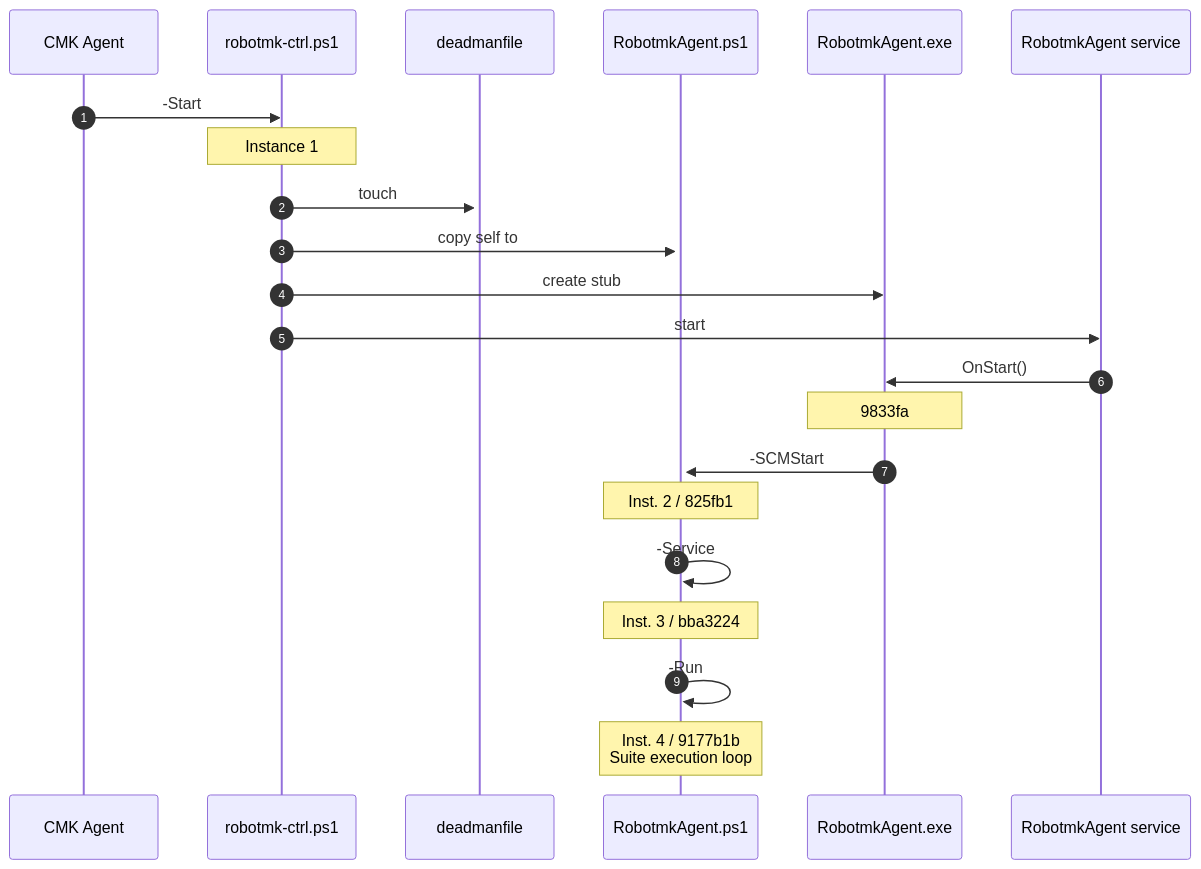
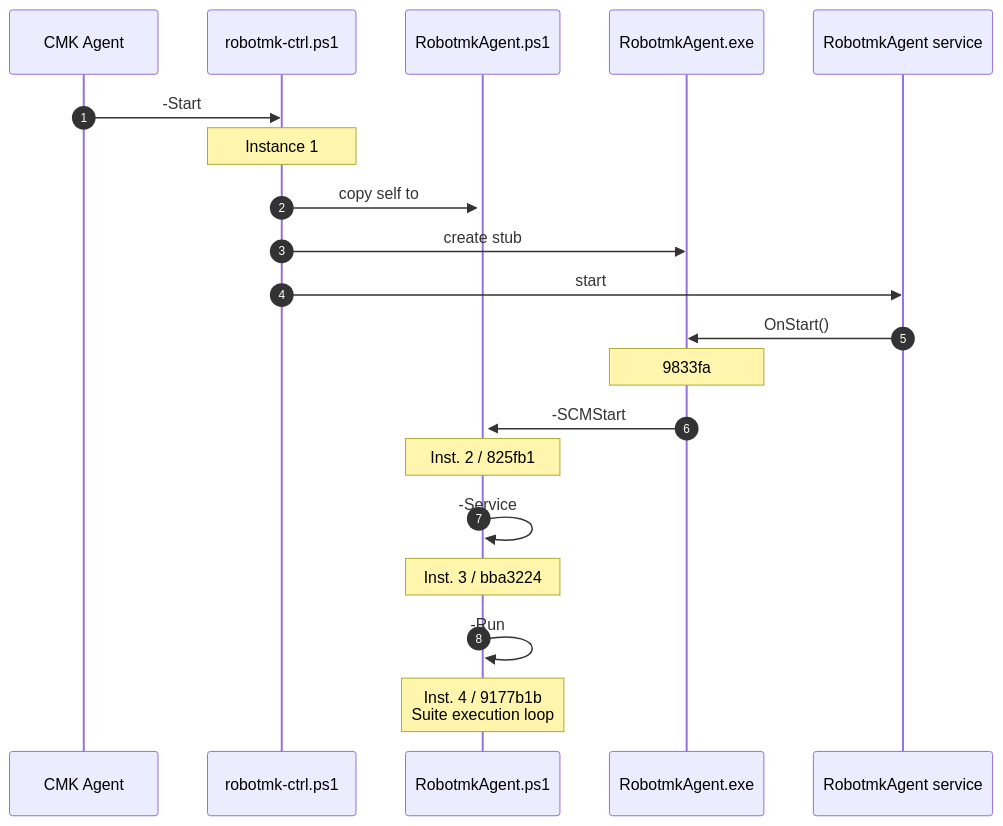
One commit to elabit/rmkv2 changed the diagram in DEVELOPMENT.md. Above: the diagram before and after it, drawn with Mermaid. The commit also changed other lines of this file and 3 other files, not shown here.

````diff
--- a/DEVELOPMENT.md
+++ b/DEVELOPMENT.md
@@ -15,25 +15,23 @@
 ```mermaid
 sequenceDiagram
     autonumber
     participant agent as CMK Agent
     participant ctrlps as robotmk-ctrl.ps1
-    participant deadmanfile
     participant agentps as RobotmkAgent.ps1
     participant cstub as RobotmkAgent.exe
     participant service as RobotmkAgent service
 
     agent->>ctrlps:-Start
     Note over ctrlps: Instance 1
-    ctrlps->>+deadmanfile: touch
     ctrlps->>+agentps: copy self to
     ctrlps->>cstub: create stub
     ctrlps->>service: start
     service->>cstub: OnStart()
     Note over cstub: 9833fa
     cstub->>agentps: -SCMStart
     Note over agentps: Inst. 2 / 825fb1
     agentps->>agentps: -Service
     Note over agentps: Inst. 3 / bba3224
     agentps->>agentps: -Run
     Note over agentps: Inst. 4 / 9177b1b<br/>Suite execution loop
 ```
````
